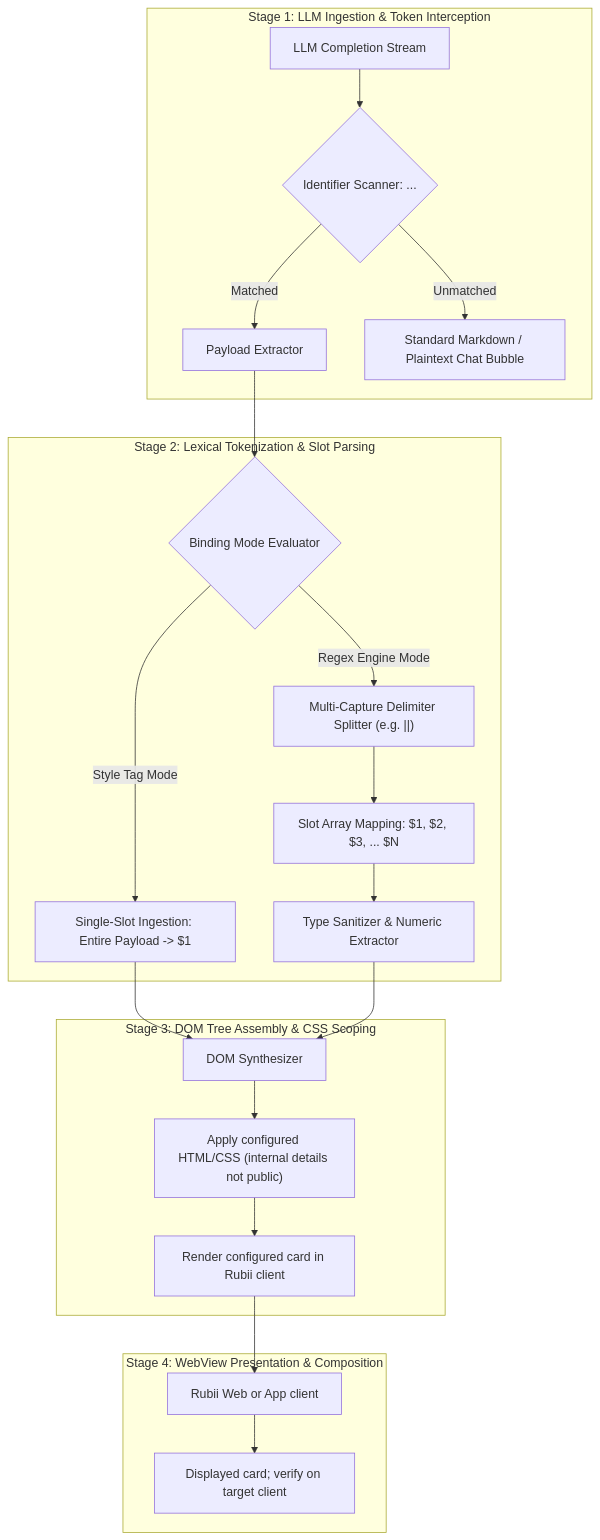
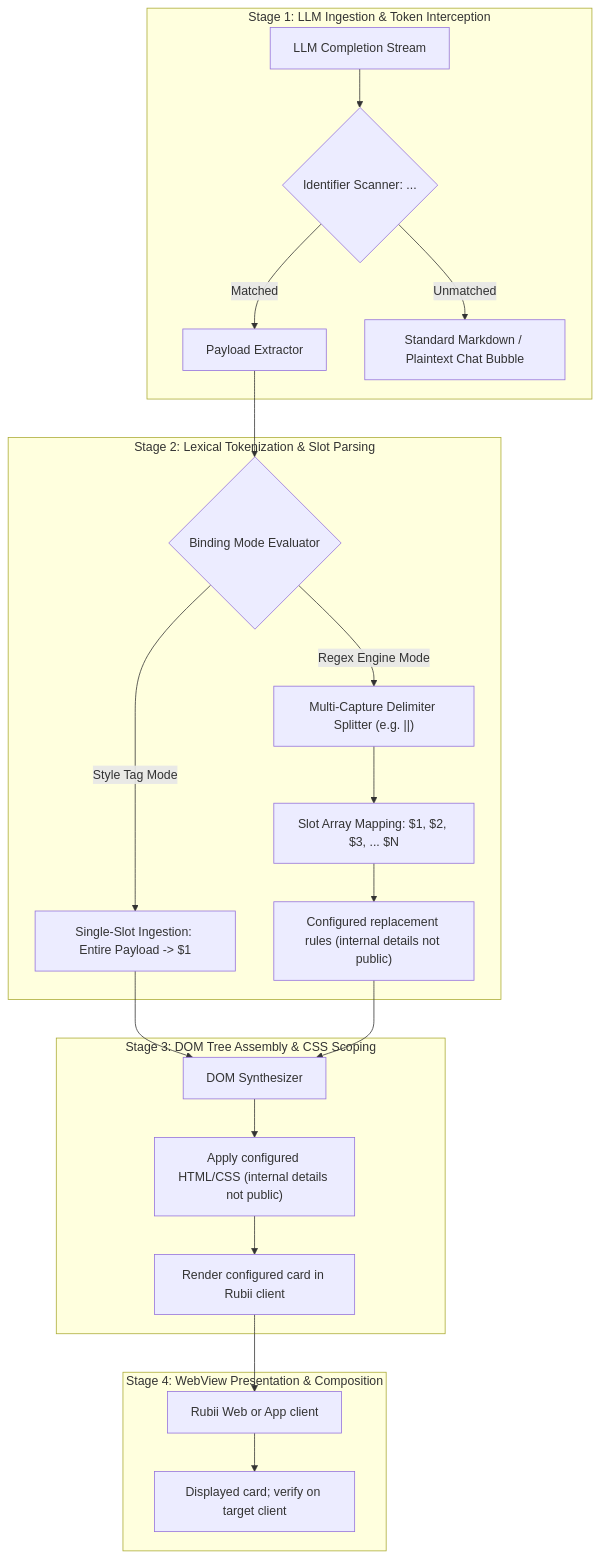
The first of 6 diagrams in RUBII_CORE_ARCHITECTURE_AND_CSS_ENGINEERING.md (jadesolju/Snippet-Studio), drawn with Mermaid before and after one commit. The commit also changed other lines of this file and 4 other files, not shown here.

````diff
--- a/RUBII_CORE_ARCHITECTURE_AND_CSS_ENGINEERING.md
+++ b/RUBII_CORE_ARCHITECTURE_AND_CSS_ENGINEERING.md
@@ -35,28 +35,28 @@
 ```mermaid
 flowchart TD
     subgraph Stage1["Stage 1: LLM Ingestion & Token Interception"]
         A1["LLM Completion Stream"] --> A2{"Identifier Scanner: <tag>...</tag>"}
         A2 -->|"Matched"| A3["Payload Extractor"]
         A2 -->|"Unmatched"| A4["Standard Markdown / Plaintext Chat Bubble"]
     end
 
     subgraph Stage2["Stage 2: Lexical Tokenization & Slot Parsing"]
         A3 --> B1{"Binding Mode Evaluator"}
         B1 -->|"Style Tag Mode"| B2["Single-Slot Ingestion: Entire Payload -> $1"]
         B1 -->|"Regex Engine Mode"| B3["Multi-Capture Delimiter Splitter (e.g. ||)"]
         B3 --> B4["Slot Array Mapping: $1, $2, $3, ... $N"]
-        B4 --> B5["Type Sanitizer & Numeric Extractor"]
+        B4 --> B5["Configured replacement rules (internal details not public)"]
     end
 
     subgraph Stage3["Stage 3: DOM Tree Assembly & CSS Scoping"]
         B2 --> C1["DOM Synthesizer"]
         B5 --> C1
         C1 --> C2["Apply configured HTML/CSS (internal details not public)"]
         C2 --> C3["Render configured card in Rubii client"]
     end
 
     subgraph Stage4["Stage 4: WebView Presentation & Composition"]
         C3 --> D1["Rubii Web or App client"]
         D1 --> D2["Displayed card; verify on target client"]
     end
 ```
````
